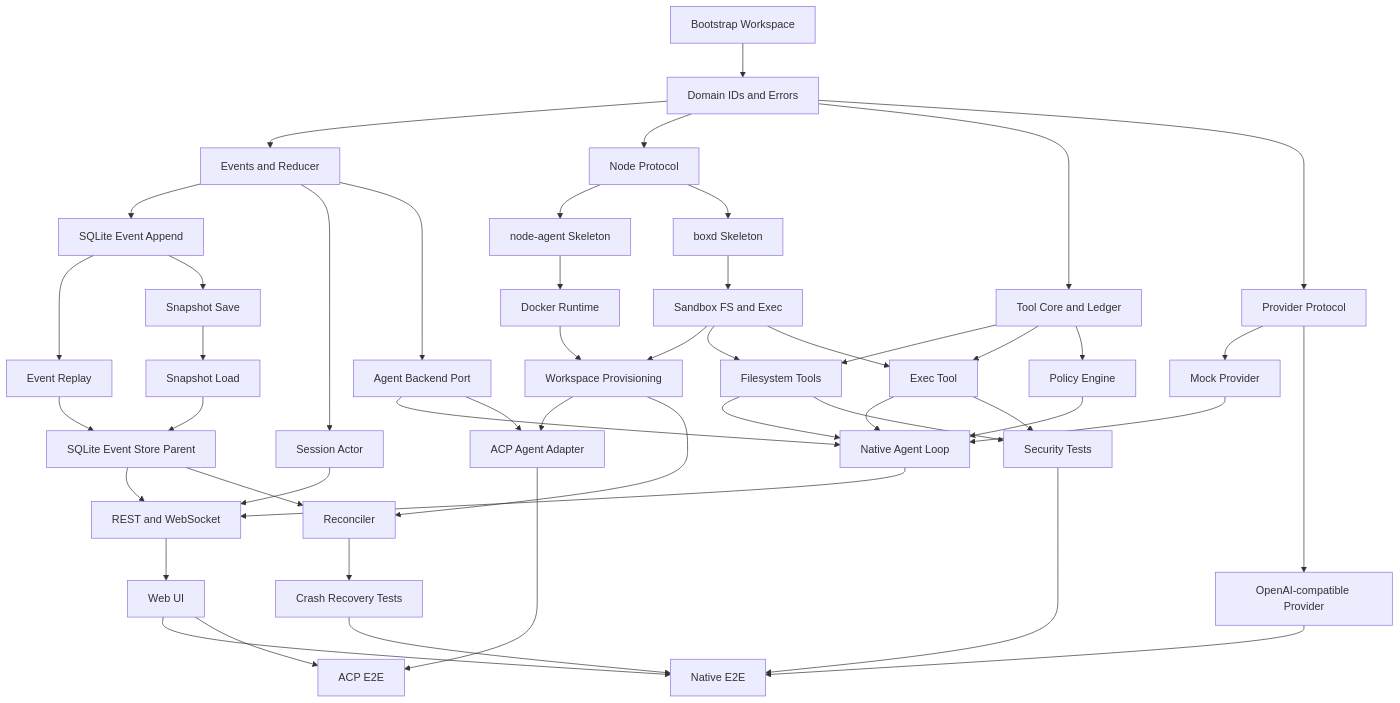
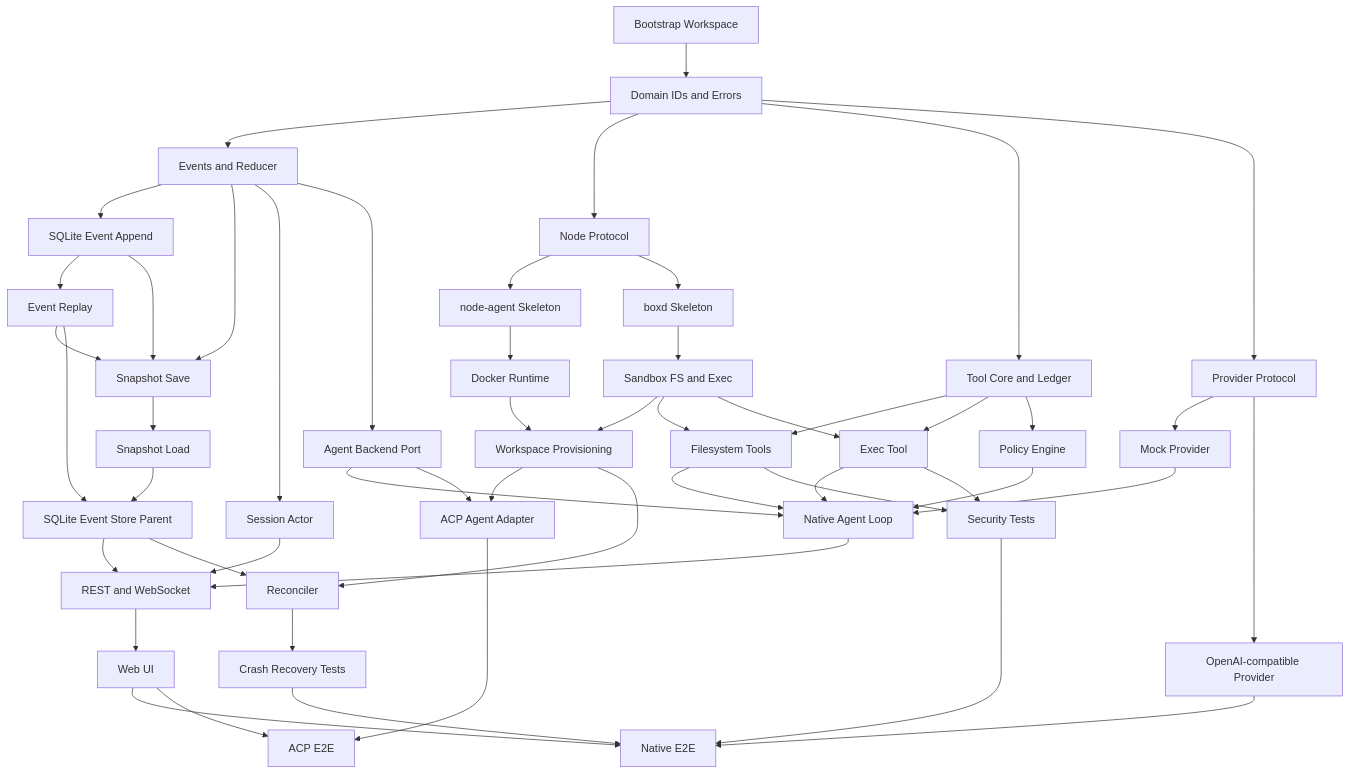
One commit to fallrising/newclear changed the fourth of 4 diagrams in platform/fanzloud/docs/TD.md. Above: the diagram before and after it, drawn with Mermaid. The commit also changed other lines of this file and 9 other files, not shown here.

````diff
--- a/platform/fanzloud/docs/TD.md
+++ b/platform/fanzloud/docs/TD.md
@@ -1663,62 +1682,64 @@
 ```mermaid
 flowchart TD
     T000[Bootstrap Workspace] --> T010[Domain IDs and Errors]
     T010 --> T020[Events and Reducer]
     T020 --> T030A[SQLite Event Append]
     T030A --> T030B[Event Replay]
     T030A --> T030D[Snapshot Save]
+    T030B --> T030D
+    T020 --> T030D
     T030D --> T030C[Snapshot Load]
     T030B --> T030[SQLite Event Store Parent]
     T030C --> T030
     T020 --> T040[Session Actor]
 
     T010 --> T050[Node Protocol]
     T050 --> T060[node-agent Skeleton]
     T050 --> T070[boxd Skeleton]
     T060 --> T080[Docker Runtime]
     T070 --> T090[Sandbox FS and Exec]
     T080 --> T100[Workspace Provisioning]
     T090 --> T100
 
     T010 --> T110[Tool Core and Ledger]
     T090 --> T120[Filesystem Tools]
     T090 --> T130[Exec Tool]
     T110 --> T120
     T110 --> T130
 
     T110 --> T140[Policy Engine]
 
     T010 --> T150[Provider Protocol]
     T150 --> T160[Mock Provider]
     T150 --> T170[OpenAI-compatible Provider]
 
     T020 --> T180[Agent Backend Port]
     T120 --> T190[Native Agent Loop]
     T130 --> T190
     T140 --> T190
     T160 --> T190
     T180 --> T190
 
     T030 --> T200[REST and WebSocket]
     T040 --> T200
     T190 --> T200
 
     T100 --> T210[ACP Agent Adapter]
     T180 --> T210
 
     T200 --> T220[Web UI]
     T030 --> T230[Reconciler]
     T100 --> T230
 
     T120 --> T240[Security Tests]
     T130 --> T240
     T230 --> T250[Crash Recovery Tests]
 
     T170 --> T260[Native E2E]
     T220 --> T260
     T240 --> T260
     T250 --> T260
 
     T210 --> T270[ACP E2E]
     T220 --> T270
 ```
````
